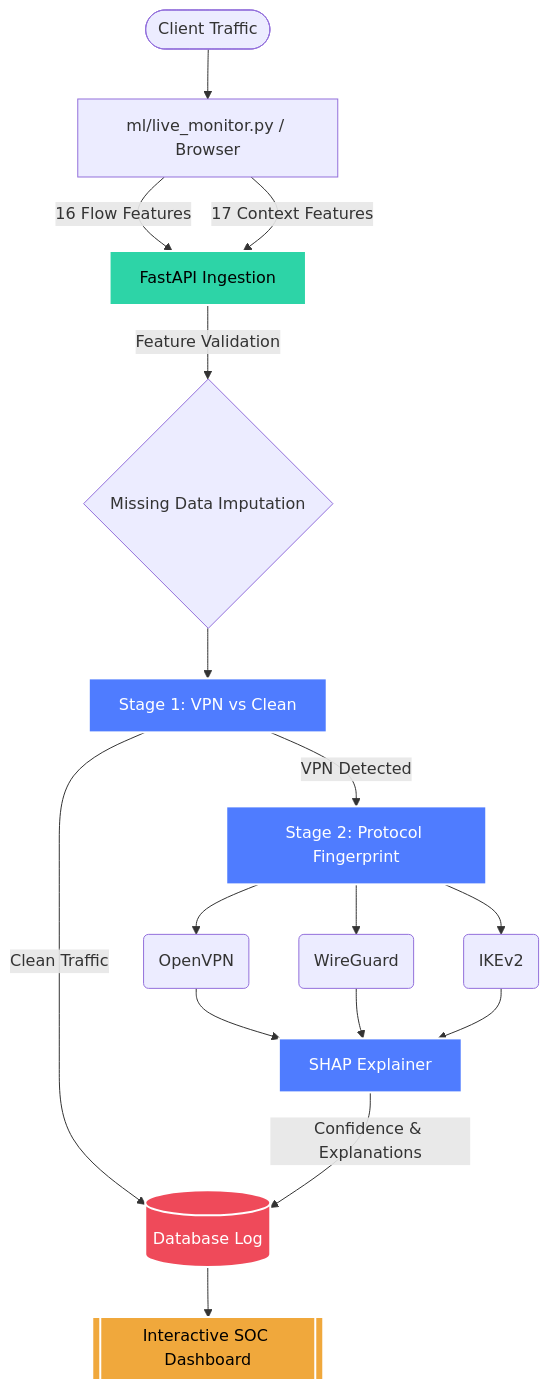
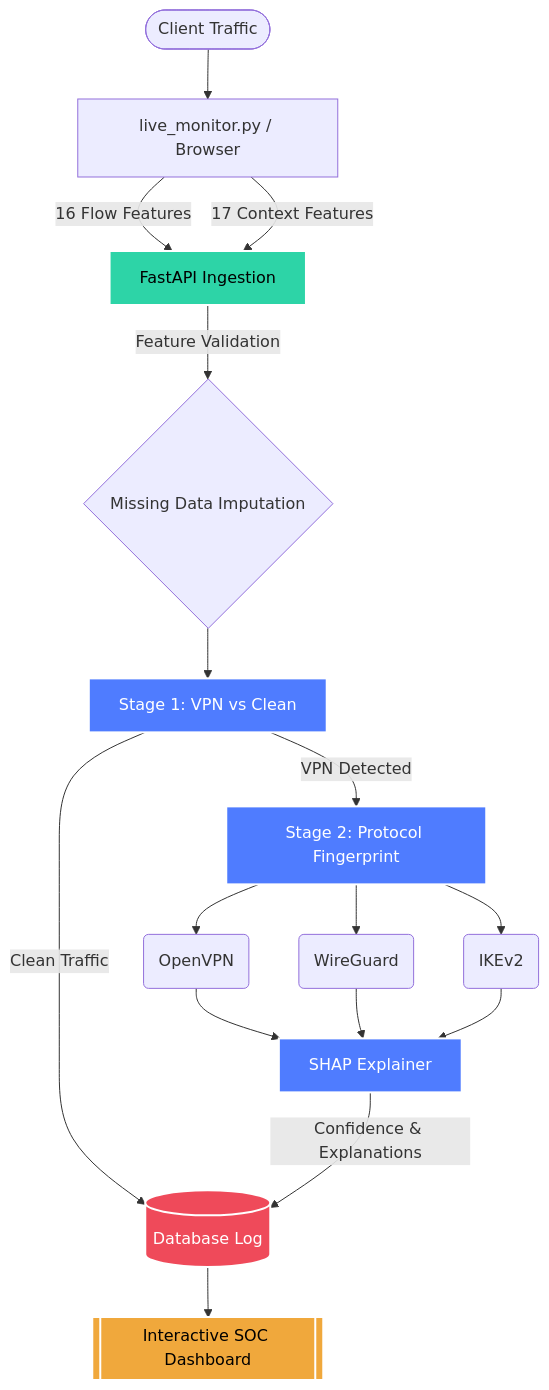
The diagram in README.md (kevivek-cyber/vpn-sentinel), drawn with Mermaid before and after one commit. The commit also changed other lines of this file and 53 other files, not shown here.

````diff
--- a/README.md
+++ b/README.md
@@ -60,41 +60,41 @@
 ```mermaid
 graph TD
     %% Core Inputs
-    Client([Client Traffic]) --> Sniffer[ml/live_monitor.py / Browser]
+    Client([Client Traffic]) --> Sniffer[live_monitor.py / Browser]
     Sniffer --> |16 Flow Features| API[FastAPI Ingestion]
     Sniffer --> |17 Context Features| API
     
     %% Processing
     API --> |Feature Validation| Imputer{Missing Data Imputation}
     Imputer --> Stage1[Stage 1: VPN vs Clean]
     
     %% Stage 1 Logic
     Stage1 -->|Clean Traffic| DB[(Database Log)]
     Stage1 -->|VPN Detected| Stage2[Stage 2: Protocol Fingerprint]
     
     %% Stage 2 Logic
     Stage2 --> OpenVPN(OpenVPN)
     Stage2 --> WireGuard(WireGuard)
     Stage2 --> IKEv2(IKEv2)
     
     %% Explainability
     OpenVPN --> SHAP[SHAP Explainer]
     WireGuard --> SHAP
     IKEv2 --> SHAP
     
     SHAP --> |Confidence & Explanations| DB
     
     %% Output
     DB --> Dashboard[[Interactive SOC Dashboard]]
     
     %% Styling
     classDef api fill:#2dd4a7,stroke:#fff,stroke-width:2px,color:#000;
     classDef model fill:#4f7cff,stroke:#fff,stroke-width:2px,color:#fff;
     classDef db fill:#ef4a5a,stroke:#fff,stroke-width:2px,color:#fff;
     classDef dash fill:#f0a83c,stroke:#fff,stroke-width:2px,color:#000;
     
     class API api;
     class Stage1,Stage2,SHAP model;
     class DB db;
     class Dashboard dash;
 ```
````
